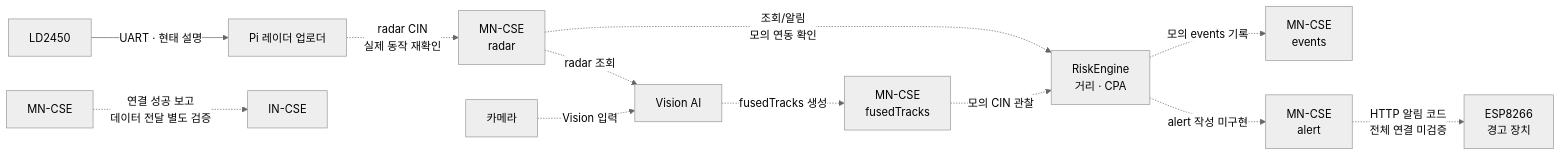
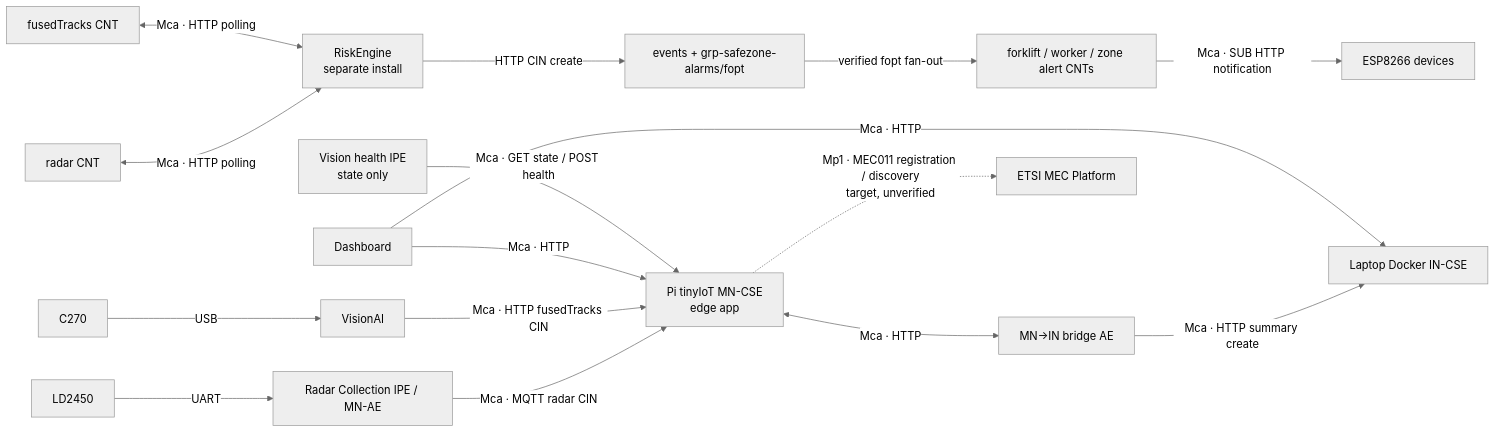
Before and after one commit to extra-7ex/Sejong_4IoT_OneM2M: the diagram in README.md, drawn with Mermaid (neutral theme). The commit also changed other lines of this file and 4 other files, not shown here.

Commit message:
docs: update SafeZone architecture and Hackster draft

````diff
--- a/README.md
+++ b/README.md
@@ -37,14 +33,18 @@
 ```mermaid
 flowchart LR
-  LD["LD2450"] -- "UART · 현태 설명" --> UP["Pi 레이더 업로더"]
-  UP -. "radar CIN<br/>실제 동작 재확인" .-> RAD["MN-CSE<br/>radar"]
-  RAD -. "조회/알림<br/>모의 연동 확인" .-> ENGINE["RiskEngine<br/>거리 · CPA"]
-  ENGINE -. "모의 events 기록" .-> EVENTS["MN-CSE<br/>events"]
-  CAM["카메라"] -. "Vision 입력" .-> VISION["Vision AI"]
-  RAD -. "radar 조회" .-> VISION
-  VISION -. "fusedTracks 생성" .-> FUSED["MN-CSE<br/>fusedTracks"]
-  FUSED -. "모의 CIN 관찰" .-> ENGINE
-  ENGINE -. "alert 작성 미구현" .-> ALERT["MN-CSE<br/>alert"]
-  ALERT -. "HTTP 알림 코드<br/>전체 연결 미검증" .-> ESP["ESP8266<br/>경고 장치"]
-  MN["MN-CSE"] -. "연결 성공 보고<br/>데이터 전달 별도 검증" .-> IN["IN-CSE"]
+  LD["LD2450"] -->|"UART"| RIPE["Radar Collection IPE / MN-AE"]
+  RIPE -->|"Mca · MQTT radar CIN"| MN["Pi tinyIoT MN-CSE<br/>edge app"]
+  CAM["C270"] -->|"USB"| VIS["VisionAI"]
+  VIS -->|"Mca · HTTP fusedTracks CIN"| MN
+  RAD["radar CNT"] <-->|"Mca · HTTP polling"| RE["RiskEngine<br/>separate install"]
+  FUSED["fusedTracks CNT"] <-->|"Mca · HTTP polling"| RE
+  RE -->|"HTTP CIN create"| OUT["events + grp-safezone-alarms/fopt"]
+  OUT -->|"verified fopt fan-out"| ALERTS["forklift / worker / zone alert CNTs"]
+  ALERTS -->|"Mca · SUB HTTP notification"| ESP["ESP8266 devices"]
+  MN <-->|"Mca · HTTP"| BR["MN→IN bridge AE"]
+  BR -->|"Mca · HTTP summary create"| IN["Laptop Docker IN-CSE"]
+  DASH["Dashboard"] -->|"Mca · HTTP"| MN
+  DASH -->|"Mca · HTTP"| IN
+  IPE["Vision health IPE<br/>state only"] -->|"Mca · GET state / POST health"| MN
+  MN -.->|"Mp1 · MEC011 registration / discovery<br/>target, unverified"| MEC["ETSI MEC Platform"]
 ```
````
